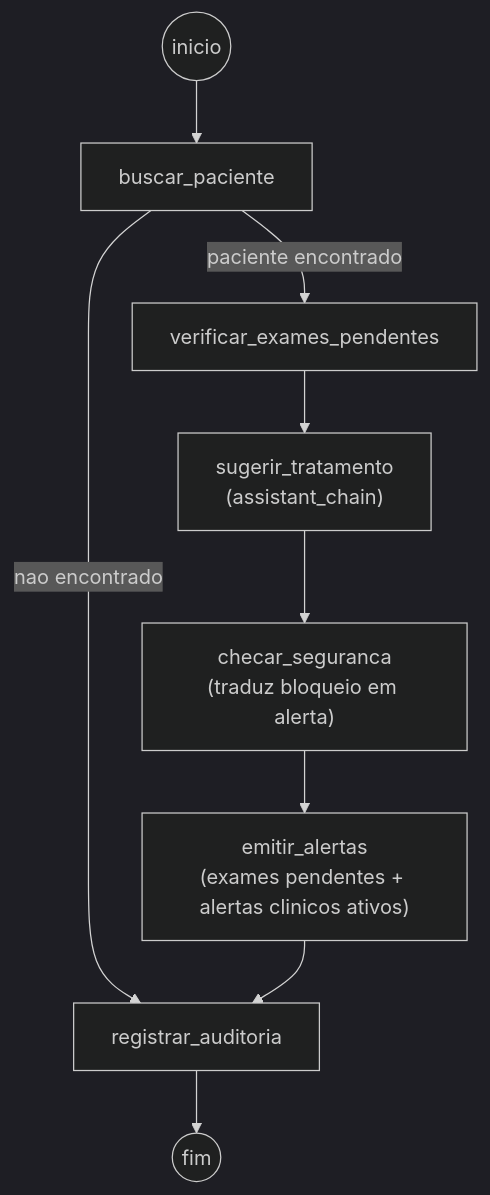
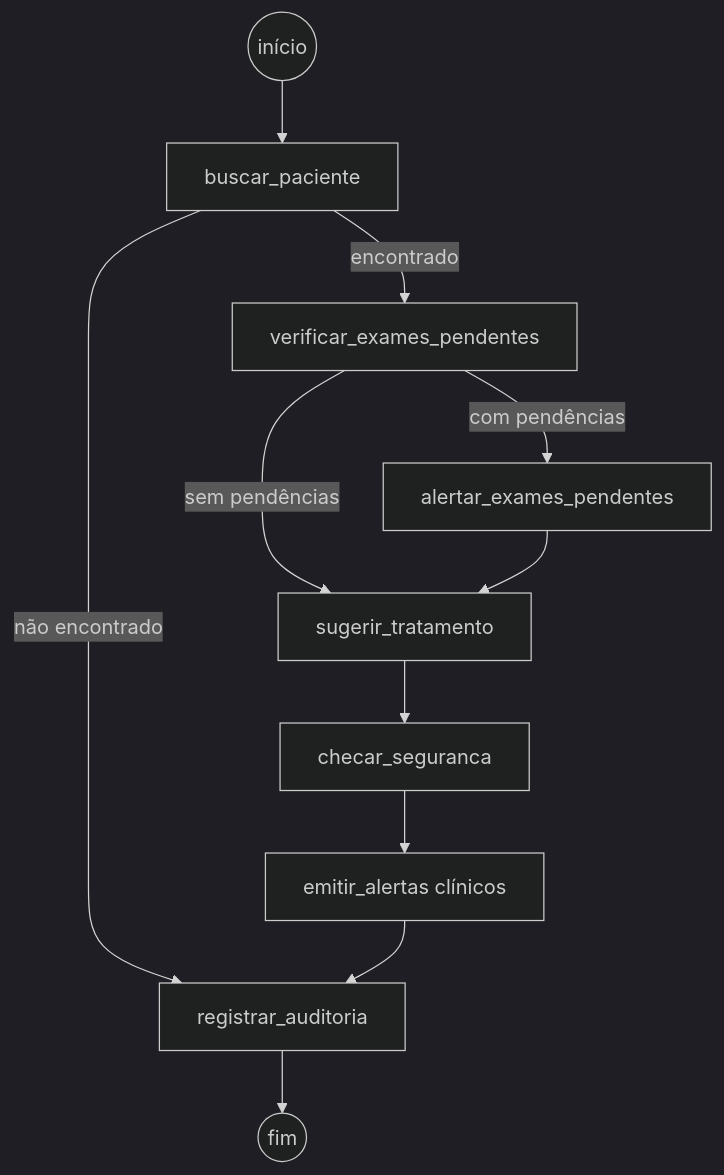
The second of 2 diagrams in docs/arquitetura_fase3.md (netomantonio/tech-challenge-1), drawn with Mermaid (dark theme) before and after one commit. The commit also changed other lines of this file and 71 other files, not shown here.

````diff
--- a/docs/arquitetura_fase3.md
+++ b/docs/arquitetura_fase3.md
@@ -180,11 +61,13 @@
 ```mermaid
 flowchart TD
-    START(("inicio")) --> BP["buscar_paciente"]
-    BP -->|paciente encontrado| VEP["verificar_exames_pendentes"]
-    BP -->|nao encontrado| AUD["registrar_auditoria"]
-    VEP --> ST["sugerir_tratamento\n(assistant_chain)"]
-    ST --> CS["checar_seguranca\n(traduz bloqueio em alerta)"]
-    CS --> EA["emitir_alertas\n(exames pendentes + alertas clinicos ativos)"]
+    START((início)) --> BP[buscar_paciente]
+    BP -->|não encontrado| AUD[registrar_auditoria]
+    BP -->|encontrado| VEP[verificar_exames_pendentes]
+    VEP -->|sem pendências| ST[sugerir_tratamento]
+    VEP -->|com pendências| AEP[alertar_exames_pendentes]
+    AEP --> ST
+    ST --> CS[checar_seguranca]
+    CS --> EA[emitir_alertas clínicos]
     EA --> AUD
-    AUD --> FIM(("fim"))
+    AUD --> END((fim))
 ```
````
